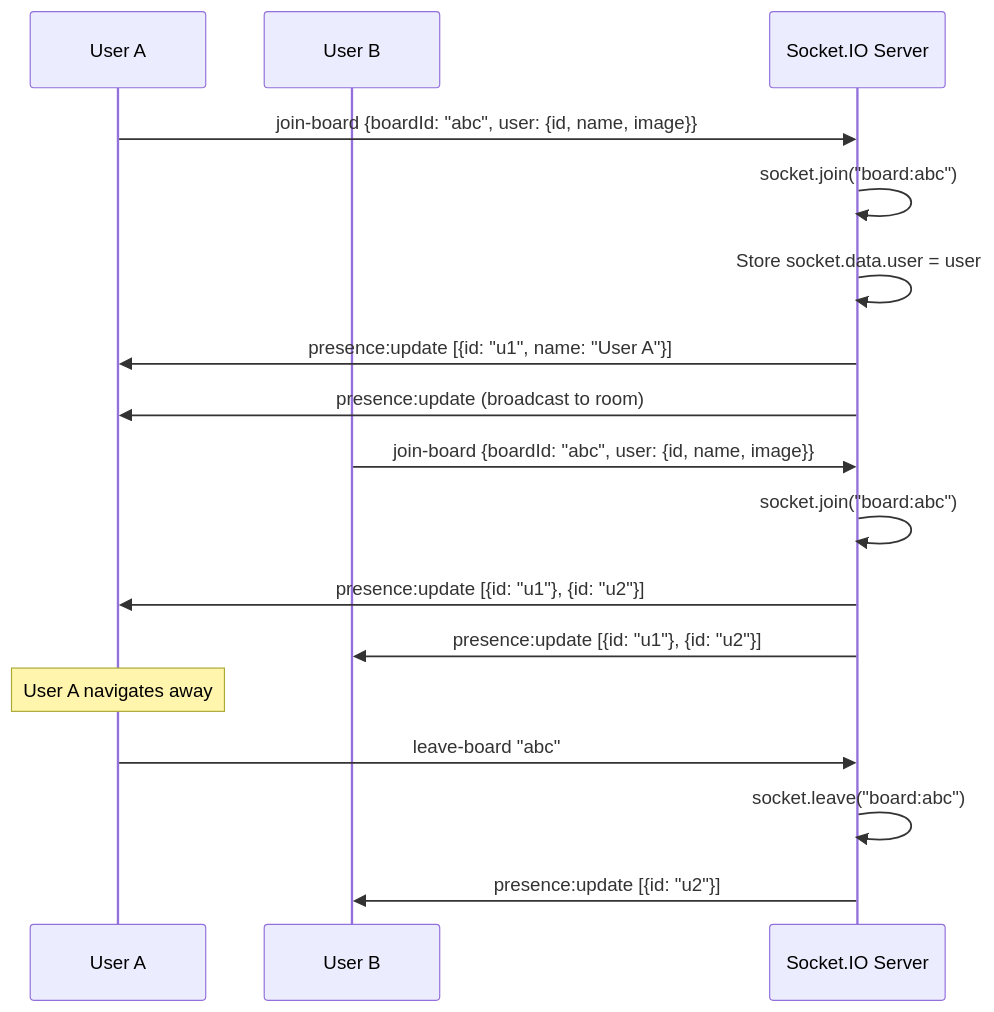
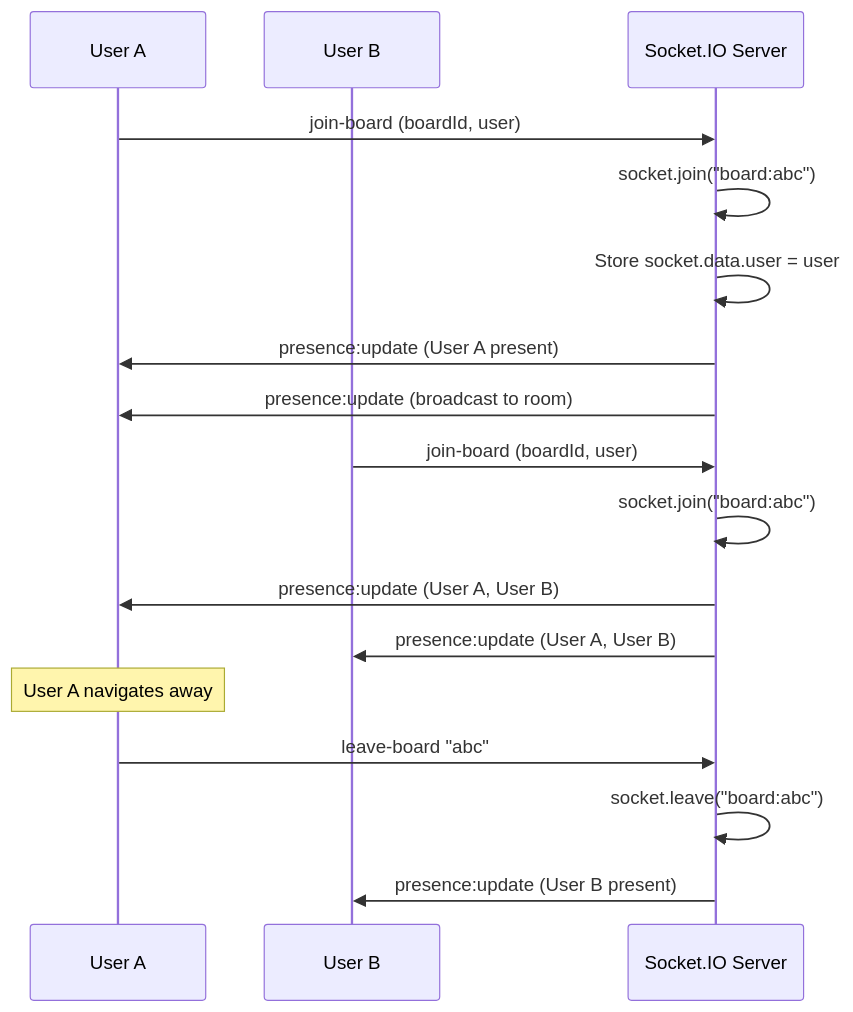
Before and after one commit to asefahmed500/Smart-Task-App_IIT_DU_Final_Project: the fifth of 8 diagrams in docs/07-real-time-sockets.md, drawn with Mermaid. The commit also changed other lines of this file and 9 other files, not shown here.

Commit message:
fix: update AGENTS.md with Vercel deployment notes and additional mermaid cleanups

````diff
--- a/docs/07-real-time-sockets.md
+++ b/docs/07-real-time-sockets.md
@@ -159,23 +159,23 @@
 ```mermaid
 sequenceDiagram
     participant UserA as User A
     participant UserB as User B
     participant Server as Socket.IO Server
 
-    UserA->>Server: join-board {boardId: "abc", user: {id, name, image}}
+    UserA->>Server: join-board (boardId, user)
     Server->>Server: socket.join("board:abc")
     Server->>Server: Store socket.data.user = user
-    Server->>UserA: presence:update [{id: "u1", name: "User A"}]
+    Server->>UserA: presence:update (User A present)
     Server->>UserA: presence:update (broadcast to room)
 
-    UserB->>Server: join-board {boardId: "abc", user: {id, name, image}}
+    UserB->>Server: join-board (boardId, user)
     Server->>Server: socket.join("board:abc")
-    Server->>UserA: presence:update [{id: "u1"}, {id: "u2"}]
-    Server->>UserB: presence:update [{id: "u1"}, {id: "u2"}]
+    Server->>UserA: presence:update (User A, User B)
+    Server->>UserB: presence:update (User A, User B)
 
     Note over UserA: User A navigates away
 
     UserA->>Server: leave-board "abc"
     Server->>Server: socket.leave("board:abc")
-    Server->>UserB: presence:update [{id: "u2"}]
+    Server->>UserB: presence:update (User B present)
 ```
````
